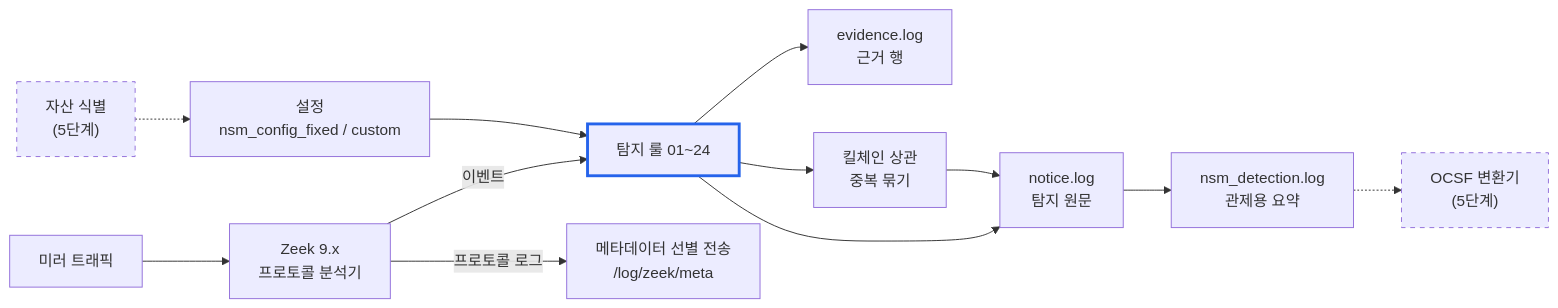
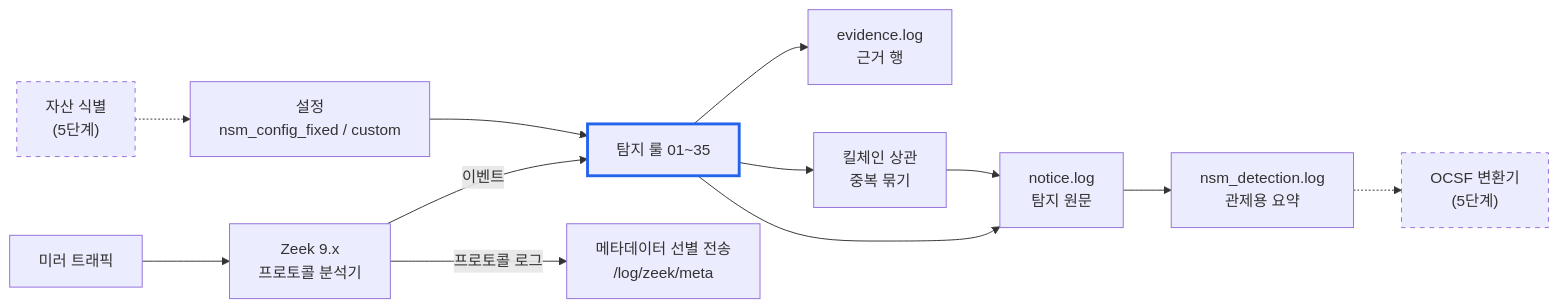
One commit to kwsjjang8901-ship-it/nsm changed the diagram in docs/SRS.md. Above: the diagram before and after it, drawn with Mermaid. The commit also changed other lines of this file and 9 other files, not shown here.

````diff
--- a/docs/SRS.md
+++ b/docs/SRS.md
@@ -48,17 +48,17 @@
 ```mermaid
 flowchart LR
     T["미러 트래픽"] --> Z["Zeek 9.x<br/>프로토콜 분석기"]
-    Z -->|"이벤트"| R["탐지 룰 01~24"]
+    Z -->|"이벤트"| R["탐지 룰 01~35"]
     CFG["설정<br/>nsm_config_fixed / custom"] --> R
     R --> N["notice.log<br/>탐지 원문"]
     R --> EV["evidence.log<br/>근거 행"]
     R --> K["킬체인 상관<br/>중복 묶기"]
     K --> N
     N --> D["nsm_detection.log<br/>관제용 요약"]
     Z -->|"프로토콜 로그"| M["메타데이터 선별 전송<br/>/log/zeek/meta"]
     D -.-> O["OCSF 변환기<br/>(5단계)"]
     A["자산 식별<br/>(5단계)"] -.-> CFG
     style R stroke:#2563eb,stroke-width:3px
     classDef todo stroke-dasharray: 5 5
     class O,A todo
 ```
````
